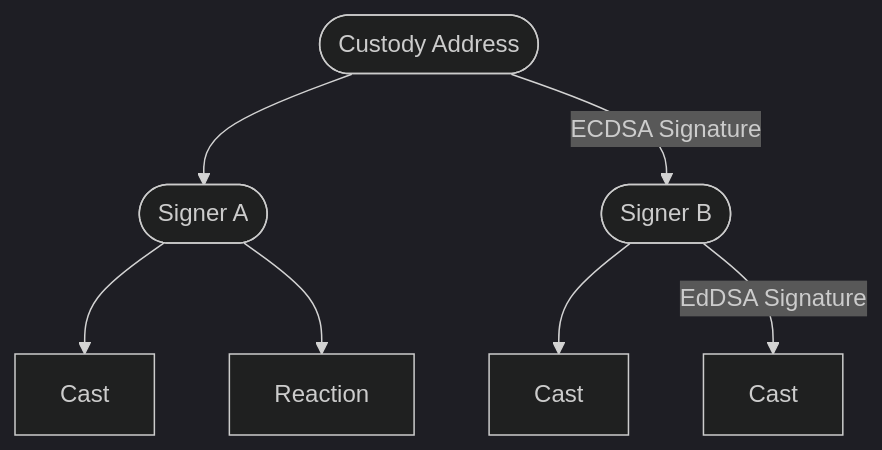
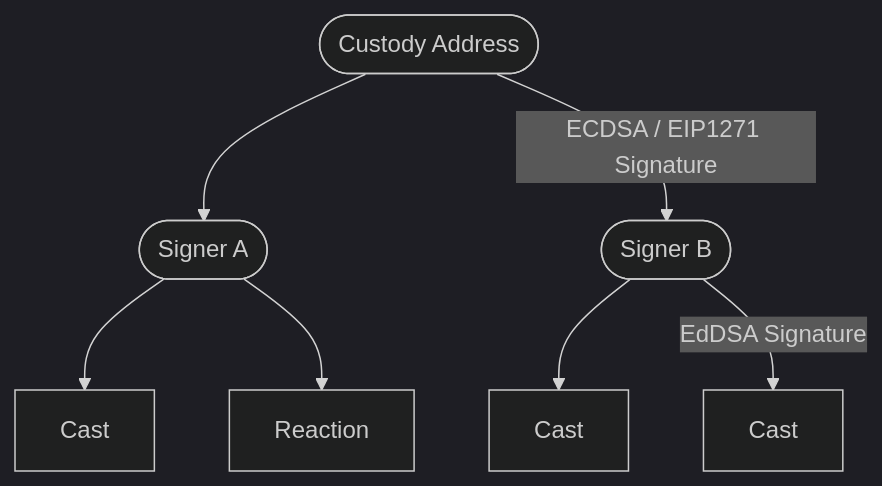
Before and after one commit to farcasterxyz/protocol: the first of 5 diagrams in docs/SPECIFICATION.md, drawn with Mermaid (dark theme).

Commit message:
fix: adds EIP1271 to supported signature type (#176)
Adds EIP1271 signature type to signer registry graph

````diff
--- a/docs/SPECIFICATION.md
+++ b/docs/SPECIFICATION.md
@@ -195,9 +195,9 @@
 ```mermaid
 graph TD
     Custody2([Custody Address]) --> SignerA1([Signer A])
-    Custody2 -->  |ECDSA Signature|SignerC([Signer B])
+    Custody2 -->  |ECDSA / EIP1271 Signature|SignerC([Signer B])
     SignerC -->  CastA[Cast]
     SignerC -->  |EdDSA Signature| CastB[Cast]
     SignerA1 -->  CastC[Cast]
     SignerA1 -->  CastD[Reaction]
 ```
````
